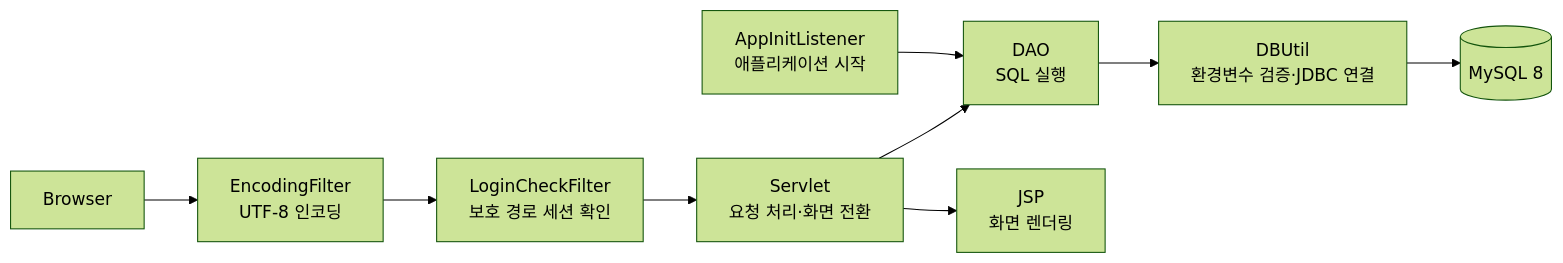
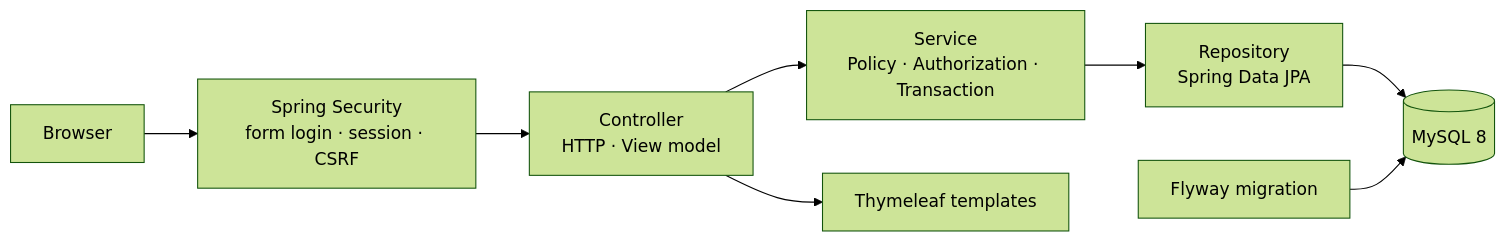
The diagram in docs/architecture.md (WJLee0417/LWJ_Backend), drawn with Mermaid (forest theme) before and after one commit. The commit also changed other lines of this file and 6 other files, not shown here.

````diff
--- a/docs/architecture.md
+++ b/docs/architecture.md
@@ -5,11 +5,10 @@
 ```mermaid
 flowchart LR
-    Browser[Browser] --> Encoding[EncodingFilter\nUTF-8 인코딩]
-    Encoding --> Auth[LoginCheckFilter\n보호 경로 세션 확인]
-    Auth --> Controller[Servlet\n요청 처리·화면 전환]
-    Controller --> DAO[DAO\nSQL 실행]
-    DAO --> DBUtil[DBUtil\n환경변수 검증·JDBC 연결]
-    DBUtil --> MySQL[(MySQL 8)]
-    Controller --> JSP[JSP\n화면 렌더링]
-    Listener[AppInitListener\n애플리케이션 시작] --> DAO
+    Browser --> Security[Spring Security\nform login · session · CSRF]
+    Security --> Controller[Controller\nHTTP · View model]
+    Controller --> Service[Service\nPolicy · Authorization · Transaction]
+    Service --> Repository[Repository\nSpring Data JPA]
+    Repository --> MySQL[(MySQL 8)]
+    Controller --> Thymeleaf[Thymeleaf templates]
+    Flyway[Flyway migration] --> MySQL
 ```
````
